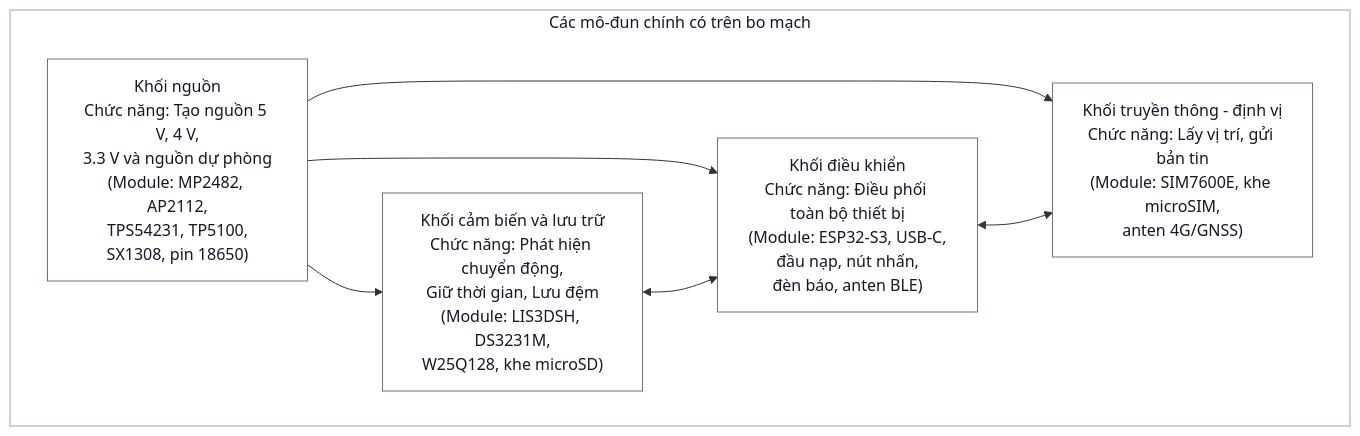
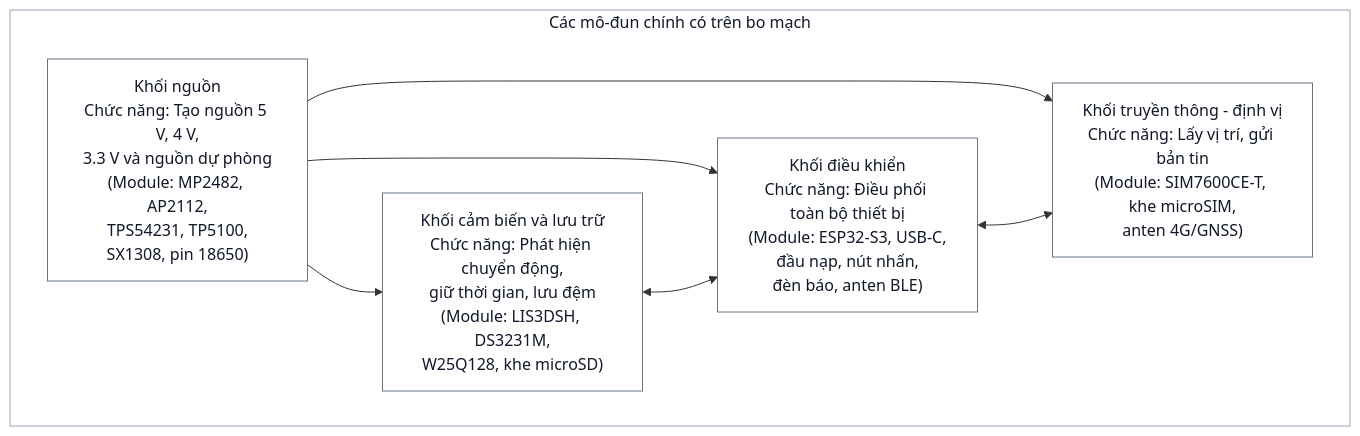
One commit to anmh1205/IoT_Vehicle_Tracking_System changed the diagram in resources/reports/thesis/final/assets/uml/07-chuong-4-trien-khai-hardware-hinh-4-14.mmd. Above: the diagram before and after it, drawn with Mermaid. The commit also changed other lines of this file and 88 other files, not shown here.

```diff
--- a/resources/reports/thesis/final/assets/uml/07-chuong-4-trien-khai-hardware-hinh-4-14.mmd
+++ b/resources/reports/thesis/final/assets/uml/07-chuong-4-trien-khai-hardware-hinh-4-14.mmd
@@ -1,24 +1,24 @@
 flowchart LR
     subgraph Board["Các mô-đun chính có trên bo mạch"]
         direction LR
 
         Power["Khối nguồn<br/>Chức năng: Tạo nguồn 5 V, 4 V,<br/>3.3 V và nguồn dự phòng<br/>(Module: MP2482, AP2112,<br/>TPS54231, TP5100,<br/>SX1308, pin 18650)"]
 
         Control["Khối điều khiển<br/>Chức năng: Điều phối toàn bộ thiết bị<br/>(Module: ESP32-S3, USB-C,<br/>đầu nạp, nút nhấn,<br/>đèn báo, anten BLE)"]
 
-        Data["Khối cảm biến và lưu trữ<br/>Chức năng: Phát hiện chuyển động,<br/>Giữ thời gian, Lưu đệm<br/>(Module: LIS3DSH, DS3231M,<br/>W25Q128, khe microSD)"]
+        Data["Khối cảm biến và lưu trữ<br/>Chức năng: Phát hiện chuyển động,<br/>giữ thời gian, lưu đệm<br/>(Module: LIS3DSH, DS3231M,<br/>W25Q128, khe microSD)"]
 
-        Comm["Khối truyền thông - định vị<br/>Chức năng: Lấy vị trí, gửi bản tin<br/>(Module: SIM7600E, khe microSIM,<br/>anten 4G/GNSS)"]
+        Comm["Khối truyền thông - định vị<br/>Chức năng: Lấy vị trí, gửi bản tin<br/>(Module: SIM7600CE-T, khe microSIM,<br/>anten 4G/GNSS)"]
     end
 
     Power --> Control
     Power --> Data
     Power --> Comm
     Data <--> Control
     Control <--> Comm
 
     style Board fill:#ffffff,stroke:#94a3b8,stroke-width:1px,color:#111827
     style Power fill:#ffffff,stroke:#64748b,color:#111827
     style Control fill:#ffffff,stroke:#64748b,color:#111827
     style Data fill:#ffffff,stroke:#64748b,color:#111827
     style Comm fill:#ffffff,stroke:#64748b,color:#111827
```
